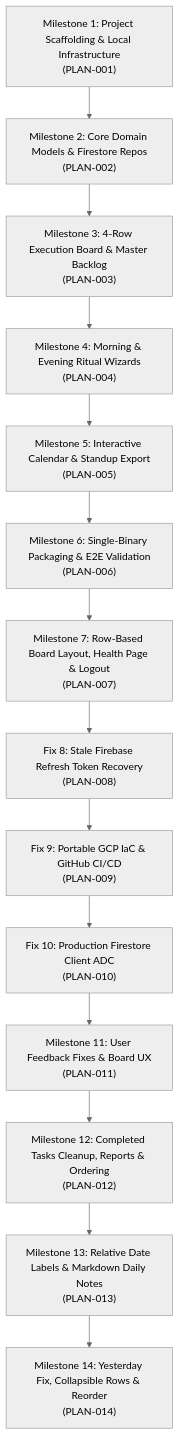
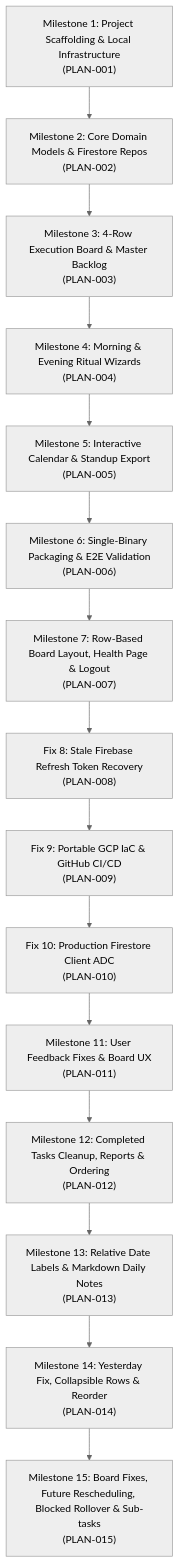
Before and after one commit to chadzink/daily-check-in: the diagram in plans/ROADMAP.md, drawn with Mermaid (neutral theme). The commit also changed other lines of this file and 43 other files, not shown here.

First line of the commit message:
feat(plan-015): board fixes, future-date rescheduling, blocked rollover & inline sub-tasks

````diff
--- a/plans/ROADMAP.md
+++ b/plans/ROADMAP.md
@@ -10,31 +10,33 @@
 ```mermaid
 flowchart TD
     M1["Milestone 1: Project Scaffolding & Local Infrastructure<br>(PLAN-001)"]
     M2["Milestone 2: Core Domain Models & Firestore Repos<br>(PLAN-002)"]
     M3["Milestone 3: 4-Row Execution Board & Master Backlog<br>(PLAN-003)"]
     M4["Milestone 4: Morning & Evening Ritual Wizards<br>(PLAN-004)"]
     M5["Milestone 5: Interactive Calendar & Standup Export<br>(PLAN-005)"]
     M6["Milestone 6: Single-Binary Packaging & E2E Validation<br>(PLAN-006)"]
     M7["Milestone 7: Row-Based Board Layout, Health Page & Logout<br>(PLAN-007)"]
     M8["Fix 8: Stale Firebase Refresh Token Recovery<br>(PLAN-008)"]
     M9["Fix 9: Portable GCP IaC & GitHub CI/CD<br>(PLAN-009)"]
     M10["Fix 10: Production Firestore Client ADC<br>(PLAN-010)"]
     M11["Milestone 11: User Feedback Fixes & Board UX<br>(PLAN-011)"]
     M12["Milestone 12: Completed Tasks Cleanup, Reports & Ordering<br>(PLAN-012)"]
     M13["Milestone 13: Relative Date Labels & Markdown Daily Notes<br>(PLAN-013)"]
     M14["Milestone 14: Yesterday Fix, Collapsible Rows & Reorder<br>(PLAN-014)"]
+    M15["Milestone 15: Board Fixes, Future Rescheduling, Blocked Rollover & Sub-tasks<br>(PLAN-015)"]
 
     M1 --> M2
     M2 --> M3
     M3 --> M4
     M4 --> M5
     M5 --> M6
     M6 --> M7
     M7 --> M8
     M8 --> M9
     M9 --> M10
     M10 --> M11
     M11 --> M12
     M12 --> M13
     M13 --> M14
+    M14 --> M15
 ```
````
